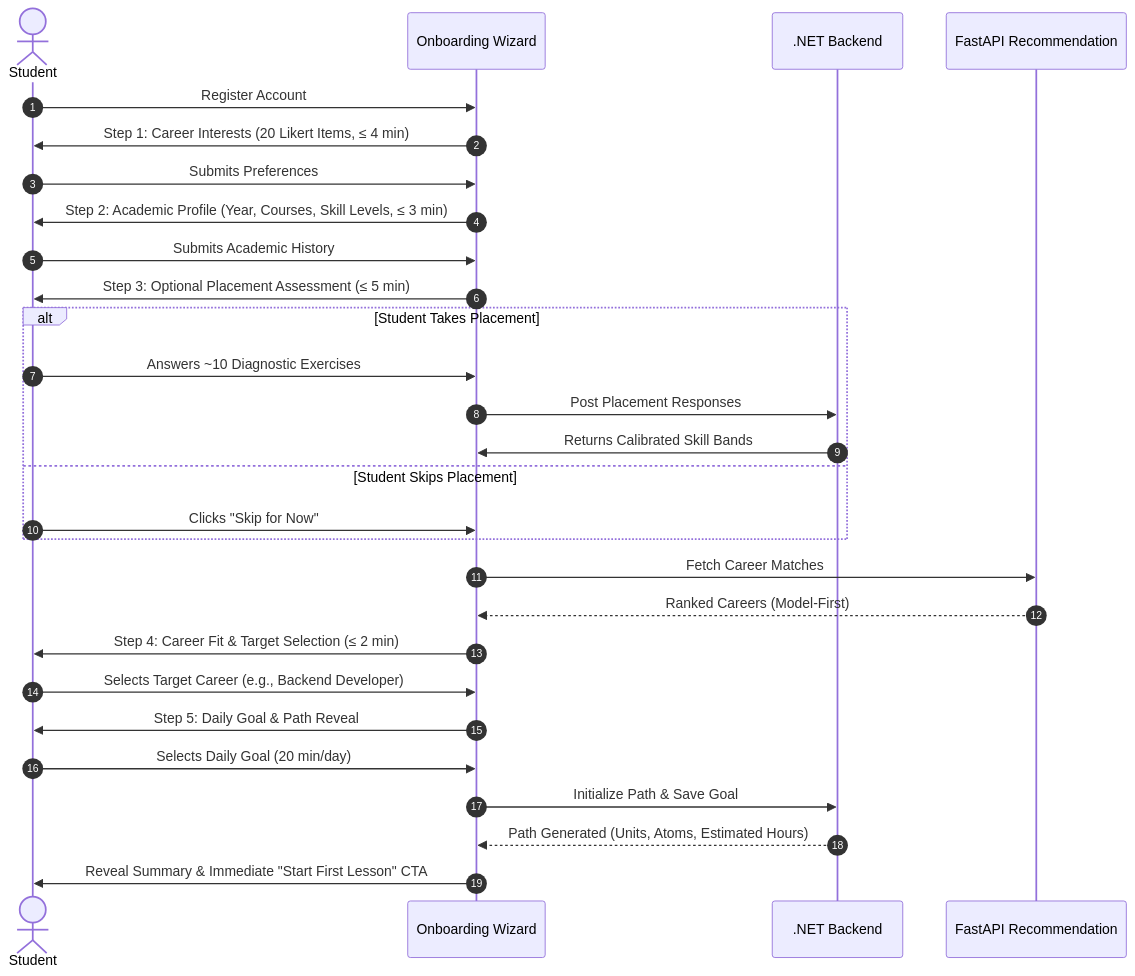
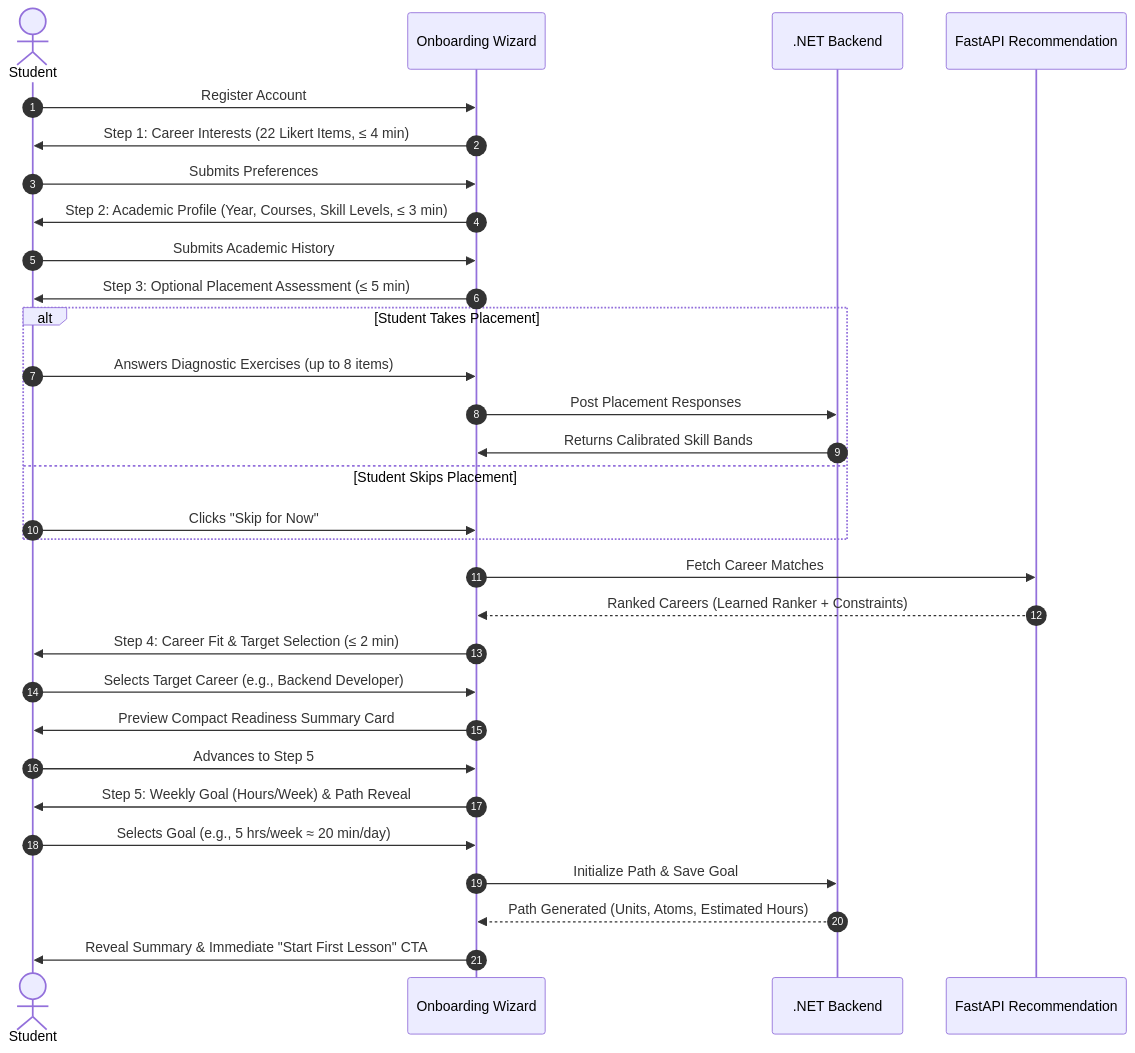
Before and after one commit to Masar-SCU/Masar: the second of 2 diagrams in docs/13-learning-experience.md, drawn with Mermaid. The commit also changed other lines of this file and 17 other files, not shown here.

Commit message:
docs: resolve reviewer feedback across design system, idempotency, and ai architecture

````diff
--- a/docs/13-learning-experience.md
+++ b/docs/13-learning-experience.md
@@ -177,31 +188,33 @@
 ```mermaid
 sequenceDiagram
     autonumber
     actor S as Student
     participant UI as Onboarding Wizard
     participant API as .NET Backend
     participant AI as FastAPI Recommendation
     
     S->>UI: Register Account
-    UI->>S: Step 1: Career Interests (20 Likert Items, ≤ 4 min)
+    UI->>S: Step 1: Career Interests (22 Likert Items, ≤ 4 min)
     S->>UI: Submits Preferences
     UI->>S: Step 2: Academic Profile (Year, Courses, Skill Levels, ≤ 3 min)
     S->>UI: Submits Academic History
     UI->>S: Step 3: Optional Placement Assessment (≤ 5 min)
     alt Student Takes Placement
-        S->>UI: Answers ~10 Diagnostic Exercises
+        S->>UI: Answers Diagnostic Exercises (up to 8 items)
         UI->>API: Post Placement Responses
         API->>UI: Returns Calibrated Skill Bands
     else Student Skips Placement
         S->>UI: Clicks "Skip for Now"
     end
     UI->>AI: Fetch Career Matches
-    AI-->>UI: Ranked Careers (Model-First)
+    AI-->>UI: Ranked Careers (Learned Ranker + Constraints)
     UI->>S: Step 4: Career Fit & Target Selection (≤ 2 min)
     S->>UI: Selects Target Career (e.g., Backend Developer)
-    UI->>S: Step 5: Daily Goal & Path Reveal
-    S->>UI: Selects Daily Goal (20 min/day)
+    UI->>S: Preview Compact Readiness Summary Card
+    S->>UI: Advances to Step 5
+    UI->>S: Step 5: Weekly Goal (Hours/Week) & Path Reveal
+    S->>UI: Selects Goal (e.g., 5 hrs/week ≈ 20 min/day)
     UI->>API: Initialize Path & Save Goal
     API-->>UI: Path Generated (Units, Atoms, Estimated Hours)
     UI->>S: Reveal Summary & Immediate "Start First Lesson" CTA
 ```
````
